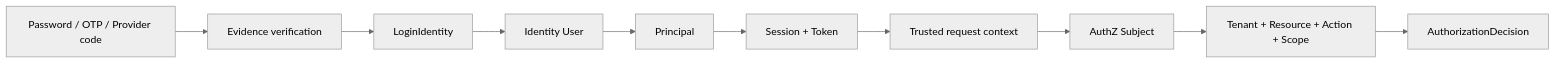
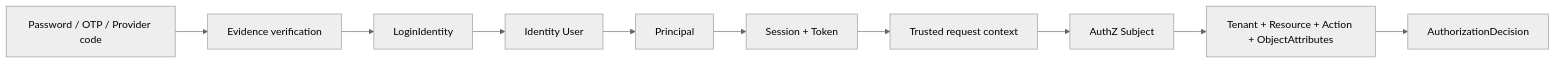
One commit to FangcunMount/iam changed the diagram in docs/00-概览/06-跨模块统一模型.md. Above: the diagram before and after it, drawn with Mermaid (neutral theme). The commit also changed other lines of this file and 32 other files, not shown here.

````diff
--- a/docs/00-概览/06-跨模块统一模型.md
+++ b/docs/00-概览/06-跨模块统一模型.md
@@ -101,12 +101,12 @@
 ```mermaid
 flowchart LR
     P["Password / OTP / Provider code"] --> E["Evidence verification"]
     E --> LI["LoginIdentity"]
     LI --> U["Identity User"]
     U --> PR["Principal"]
     PR --> SESS["Session + Token"]
     SESS --> CTX["Trusted request context"]
     CTX --> SUB["AuthZ Subject"]
-    SUB --> REQ["Tenant + Resource + Action + Scope"]
+    SUB --> REQ["Tenant + Resource + Action + ObjectAttributes"]
     REQ --> DEC["AuthorizationDecision"]
 ```
````
